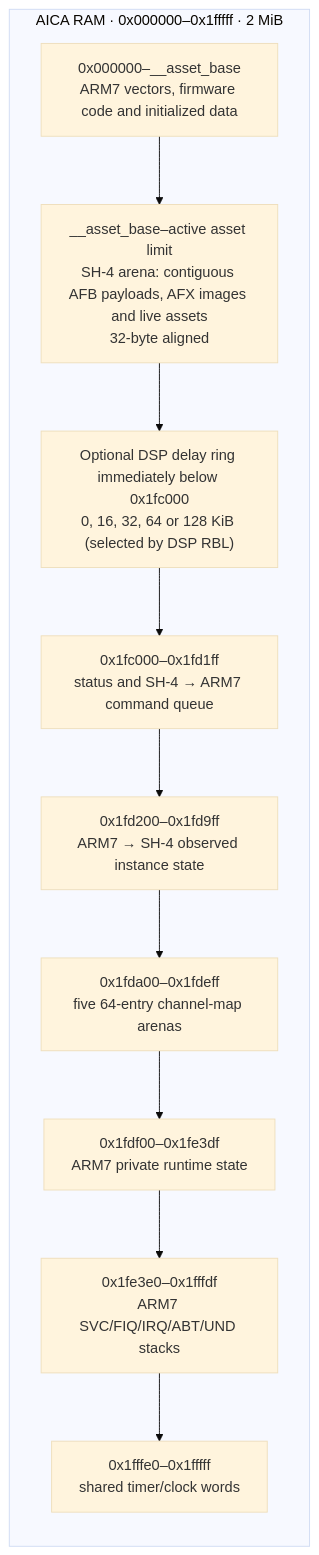
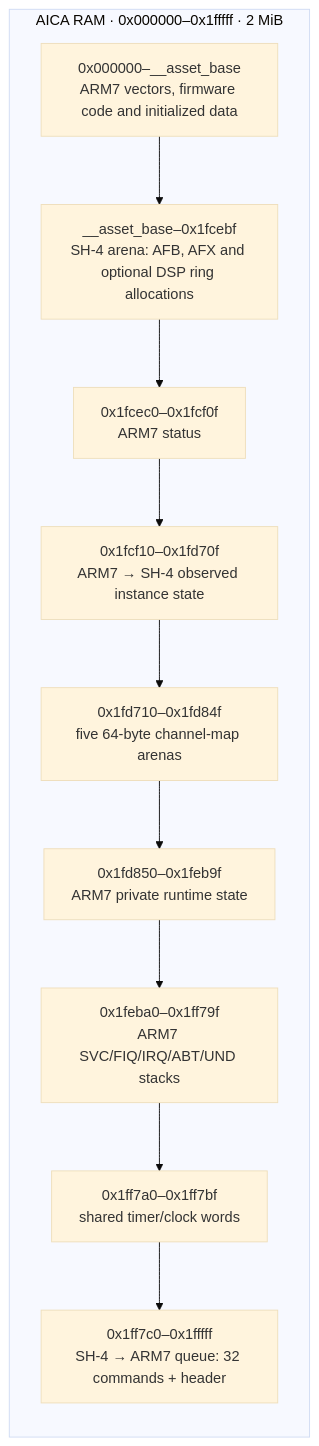
Before and after one commit to dfchil/AICAflow: the diagram in docs/memory.md, drawn with Mermaid (base theme). The commit also changed other lines of this file and 39 other files, not shown here.

Commit message:
perf: compact driver memory and eliminate retained AFX images

````diff
--- a/docs/memory.md
+++ b/docs/memory.md
@@ -13,16 +13,16 @@
 ```mermaid
 flowchart TB
   subgraph ram["AICA RAM · 0x000000–0x1fffff · 2 MiB"]
     direction TB
     firmware["0x000000–__asset_base\nARM7 vectors, firmware code and initialized data"]
-    assets["__asset_base–active asset limit\nSH-4 arena: contiguous AFB payloads, AFX images and live assets\n32-byte aligned"]
-    dsp["Optional DSP delay ring immediately below 0x1fc000\n0, 16, 32, 64 or 128 KiB (selected by DSP RBL)"]
-    status["0x1fc000–0x1fd1ff\nstatus and SH-4 → ARM7 command queue"]
-    observed["0x1fd200–0x1fd9ff\nARM7 → SH-4 observed instance state"]
-    maps["0x1fda00–0x1fdeff\nfive 64-entry channel-map arenas"]
-    private["0x1fdf00–0x1fe3df\nARM7 private runtime state"]
-    stacks["0x1fe3e0–0x1fffdf\nARM7 SVC/FIQ/IRQ/ABT/UND stacks"]
-    clock["0x1fffe0–0x1fffff\nshared timer/clock words"]
+    assets["__asset_base–0x1fcebf\nSH-4 arena: AFB, AFX and optional DSP ring allocations"]
+    status["0x1fcec0–0x1fcf0f\nARM7 status"]
+    observed["0x1fcf10–0x1fd70f\nARM7 → SH-4 observed instance state"]
+    maps["0x1fd710–0x1fd84f\nfive 64-byte channel-map arenas"]
+    private["0x1fd850–0x1feb9f\nARM7 private runtime state"]
+    stacks["0x1feba0–0x1ff79f\nARM7 SVC/FIQ/IRQ/ABT/UND stacks"]
+    clock["0x1ff7a0–0x1ff7bf\nshared timer/clock words"]
+    queue["0x1ff7c0–0x1fffff\nSH-4 → ARM7 queue: 32 commands + header"]
   end
-  firmware --> assets --> dsp --> status --> observed --> maps --> private --> stacks --> clock
+  firmware --> assets --> status --> observed --> maps --> private --> stacks --> clock --> queue
 ```
````
